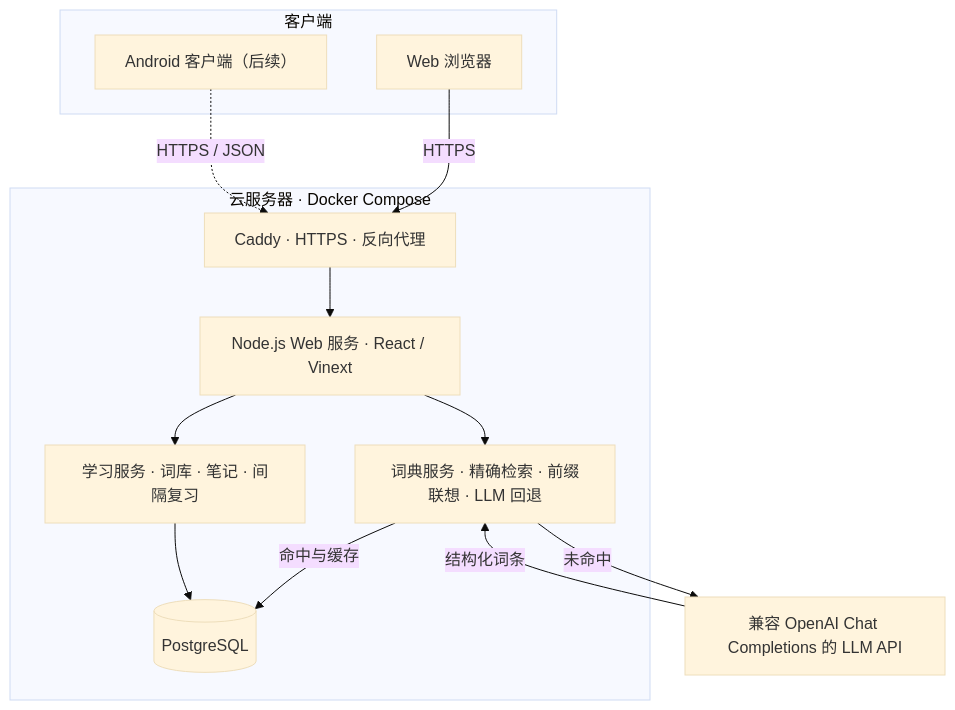
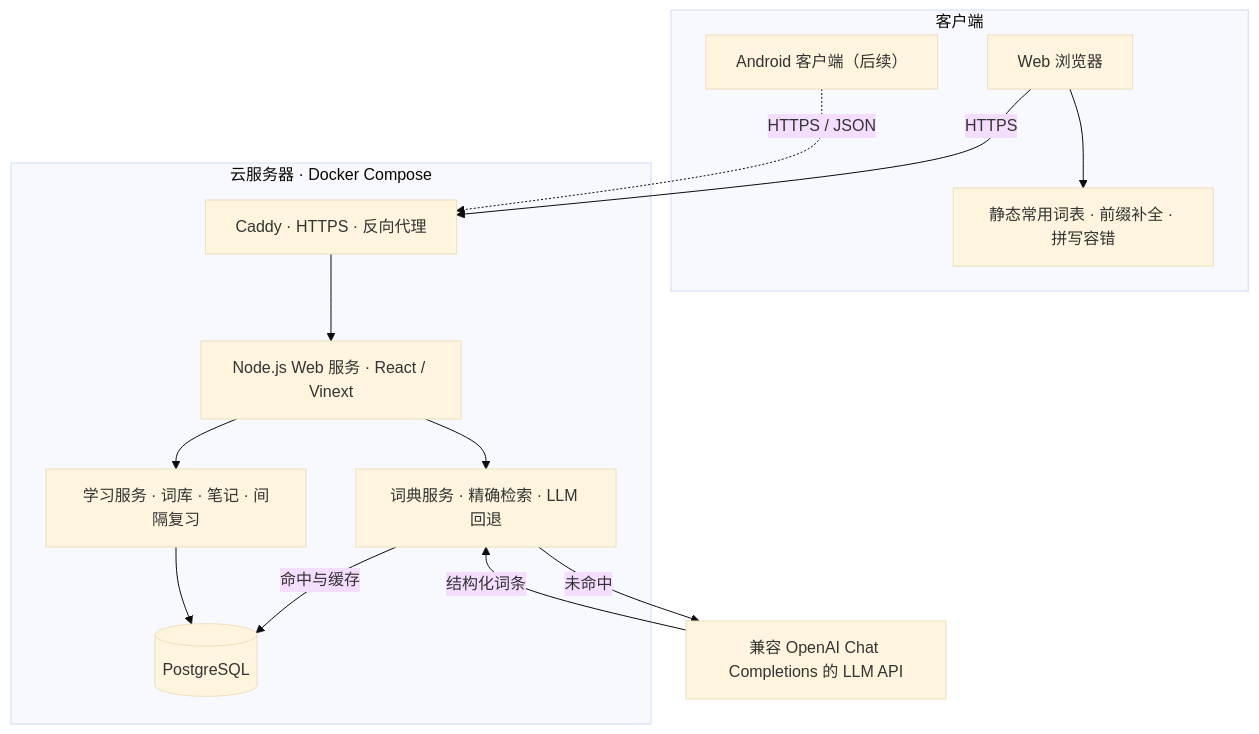
One commit to AnthonyayaPZ/Platypus changed the diagram in README.md. Above: the diagram before and after it, drawn with Mermaid (base theme). The commit also changed other lines of this file and 12 other files, not shown here.

Commit message:
fix: use static word list for search suggestions

````diff
--- a/README.md
+++ b/README.md
@@ -7,27 +7,29 @@
 ```mermaid
 flowchart TB
   subgraph Client["客户端"]
     Web["Web 浏览器"]
+    WordList["静态常用词表 · 前缀补全 · 拼写容错"]
     Android["Android 客户端（后续）"]
   end
 
   subgraph Server["云服务器 · Docker Compose"]
     Caddy["Caddy · HTTPS · 反向代理"]
     App["Node.js Web 服务 · React / Vinext"]
-    Search["词典服务 · 精确检索 · 前缀联想 · LLM 回退"]
+    Search["词典服务 · 精确检索 · LLM 回退"]
     Learning["学习服务 · 词库 · 笔记 · 间隔复习"]
     Postgres[("PostgreSQL")]
   end
 
   LLM["兼容 OpenAI Chat Completions 的 LLM API"]
 
   Web -->|HTTPS| Caddy
+  Web --> WordList
   Android -.->|HTTPS / JSON| Caddy
   Caddy --> App
   App --> Search
   App --> Learning
   Search -->|命中与缓存| Postgres
   Search -->|未命中| LLM
   LLM -->|结构化词条| Search
   Learning --> Postgres
 ```
````
